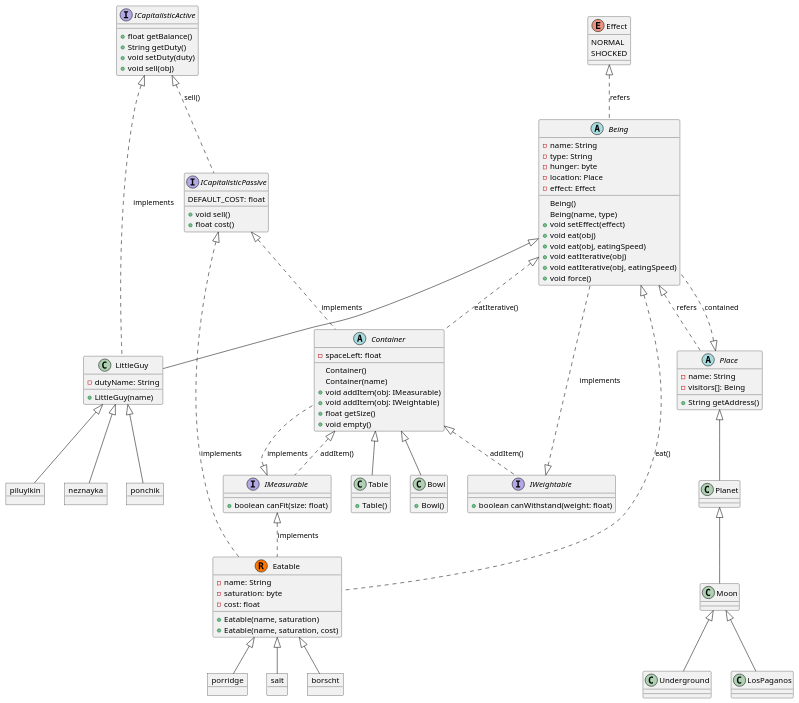
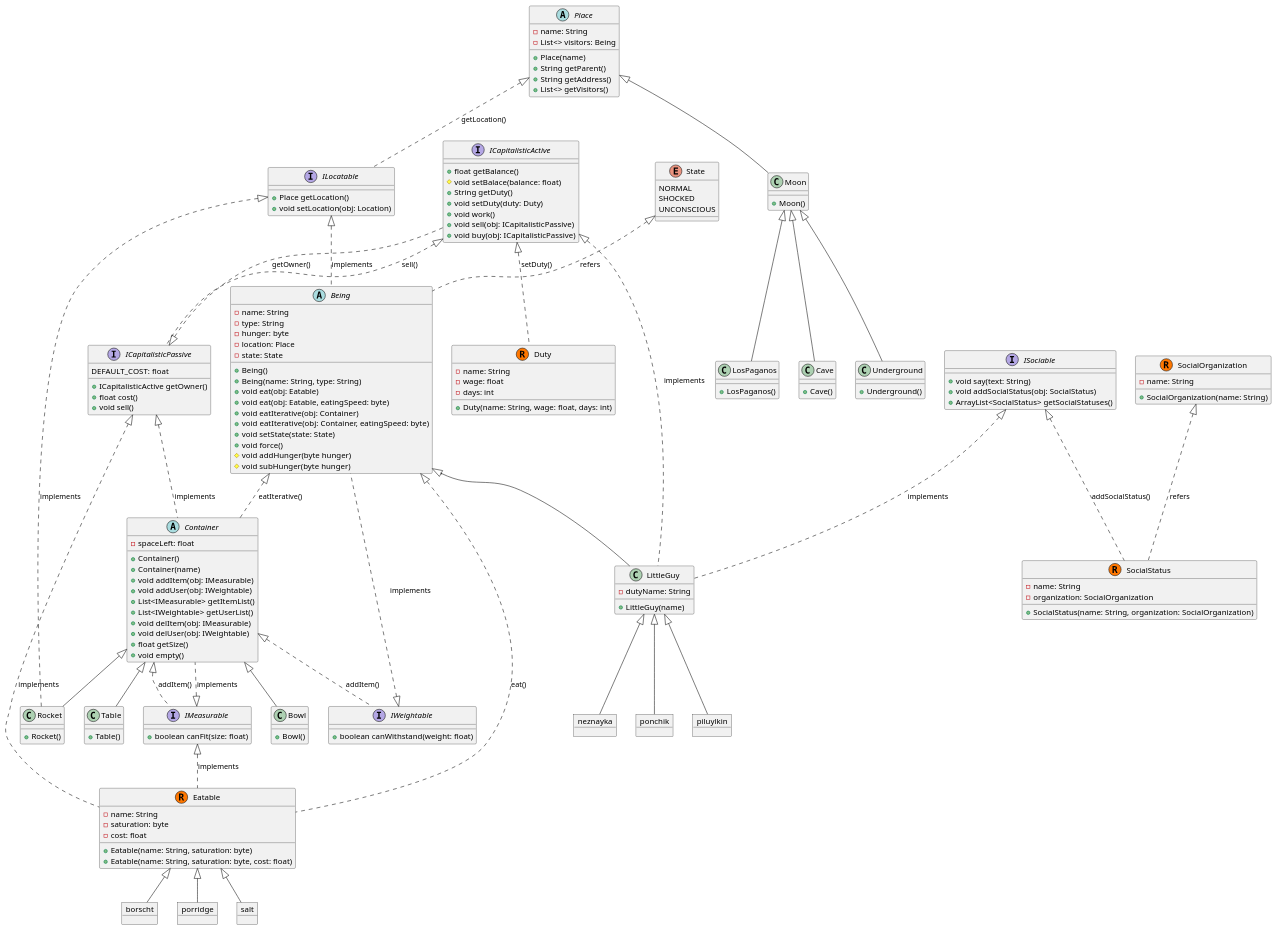
The diagram in programming/lab3/uml/diagram.puml (MrDvD/itmo_labs), drawn with PlantUML before and after one commit. The commit also changed 24 other files, not shown here.

```diff
--- a/programming/lab3/uml/diagram.puml
+++ b/programming/lab3/uml/diagram.puml
@@ -1,125 +1,196 @@
 @startuml name
 Being <|-- LittleGuy
 ICapitalisticActive <|.. LittleGuy : implements
 ICapitalisticActive <|.. ICapitalisticPassive : sell()
+ICapitalisticPassive <|.. ICapitalisticActive : getOwner()
+ISociable <|.. LittleGuy : implements
 
 Being <|.. Container : eatIterative()
 Being <|.. Eatable : eat()
 
 object ponchik
 object piluylkin
 object neznayka
 
 LittleGuy <|-- ponchik
 LittleGuy <|-- piluylkin
 LittleGuy <|-- neznayka
 
 object borscht
 object porridge
 object salt
 Eatable <|-- borscht
 Eatable <|-- porridge
 Eatable <|-- salt
 
 ICapitalisticPassive <|.. Container : implements
 ICapitalisticPassive <|.. Eatable : implements
 
 IMeasurable <|.. Eatable : implements
 IMeasurable <|.. Container : implements
 IWeightable <|.. Being : implements
 
 Container <|-- Bowl
 Container <|-- Table
+Container <|-- Rocket
 Container <|.. IMeasurable : addItem()
 Container <|.. IWeightable : addItem()
 
-Being <|.. Place : refers
-Place <|.. Being : contained
-Place <|-- Planet
+ILocatable <|.. Rocket : implements
+ILocatable <|.. Being : implements
+Place <|.. ILocatable : getLocation()
 
-Planet <|-- Moon
+Place <|-- Moon
 Moon <|-- Underground
 Moon <|-- LosPaganos
+Moon <|-- Cave
 
-Effect <|.. Being : refers
+State <|.. Being : refers
+
+SocialOrganization <|.. SocialStatus : refers
+ICapitalisticActive <|.. Duty : setDuty()
+ISociable <|.. SocialStatus : addSocialStatus()
 
 class LittleGuy {
    -dutyName: String
    +LittleGuy(name)
 }
 
-enum Effect {
+enum State {
    NORMAL
    SHOCKED
+   UNCONSCIOUS
 }
 
 interface ICapitalisticPassive {
    DEFAULT_COST: float
+   +ICapitalisticActive getOwner()
+   +float cost()
    +void sell()
-   +float cost()
 }
+
 interface ICapitalisticActive {
    +float getBalance()
+   #void setBalace(balance: float)
    +String getDuty()
-   +void setDuty(duty)
-   +void sell(obj)
+   +void setDuty(duty: Duty)
+   +void work()
+   +void sell(obj: ICapitalisticPassive)
+   +void buy(obj: ICapitalisticPassive)
+}
+
+interface ISociable {
+   +void say(text: String)
+   +void addSocialStatus(obj: SocialStatus)
+   +ArrayList<SocialStatus> getSocialStatuses()
 }
 
 abstract class Being {
    -name: String
    -type: String
    -hunger: byte
    -location: Place
-   -effect: Effect
-   Being()
-   Being(name, type)
-   +void setEffect(effect)
-   +void eat(obj)
-   +void eat(obj, eatingSpeed)
-   +void eatIterative(obj)
-   +void eatIterative(obj, eatingSpeed)
+   -state: State
+   +Being()
+   +Being(name: String, type: String)
+   +void eat(obj: Eatable)
+   +void eat(obj: Eatable, eatingSpeed: byte)
+   +void eatIterative(obj: Container)
+   +void eatIterative(obj: Container, eatingSpeed: byte)
+   +void setState(state: State)
    +void force()
+   #void addHunger(byte hunger)
+   #void subHunger(byte hunger)
    ' to do something
 }
 
 class Eatable << (R,#FF7700) >> {
    -name: String
    -saturation: byte
    -cost: float
-   +Eatable(name, saturation)
-   +Eatable(name, saturation, cost)
+   +Eatable(name: String, saturation: byte)
+   +Eatable(name: String, saturation: byte, cost: float)
+}
+
+class Duty << (R,#FF7700) >> {
+   -name: String
+   -wage: float
+   -days: int
+   +Duty(name: String, wage: float, days: int)
+}
+
+class SocialStatus << (R,#FF7700) >> {
+   -name: String
+   -organization: SocialOrganization
+   +SocialStatus(name: String, organization: SocialOrganization)
+}
+
+class SocialOrganization << (R,#FF7700) >> {
+   -name: String
+   +SocialOrganization(name: String)
 }
 
 abstract class Container {
    -spaceLeft: float
-   Container()
-   Container(name)
+   +Container()
+   +Container(name)
    +void addItem(obj: IMeasurable)
-   +void addItem(obj: IWeightable)
+   +void addUser(obj: IWeightable)
+   +List<IMeasurable> getItemList()
+   +List<IWeightable> getUserList()
+   +void delItem(obj: IMeasurable)
+   +void delUser(obj: IWeightable)
    +float getSize()
    +void empty()
 }
 
 class Table {
    +Table()
 }
 
 class Bowl {
    +Bowl()
 }
 
+class Rocket {
+   +Rocket()
+}
+
+class Moon {
+   +Moon()
+}
+
+class LosPaganos {
+   +LosPaganos()
+}
+
+class Underground {
+   +Underground()
+}
+
+class Cave {
+   +Cave()
+}
+
 abstract class Place {
    -name: String
-   -visitors[]: Being
+   -List<> visitors: Being
+   +Place(name)
+   +String getParent()
    +String getAddress()
-   ' get address recursively: super().address() + ',' + this.name
+   +List<> getVisitors()
 }
 
 interface IMeasurable {
    +boolean canFit(size: float)
 }
 
 interface IWeightable {
    +boolean canWithstand(weight: float)
 }
+
+interface ILocatable {
+   +Place getLocation()
+   +void setLocation(obj: Location)
+}
 @enduml
```
